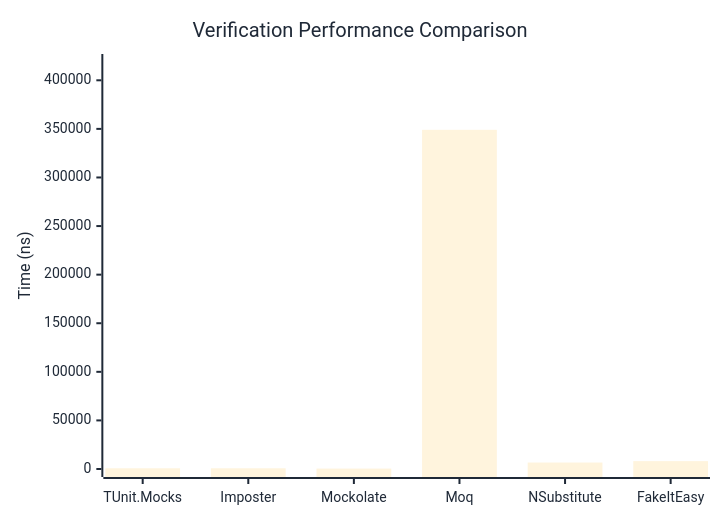
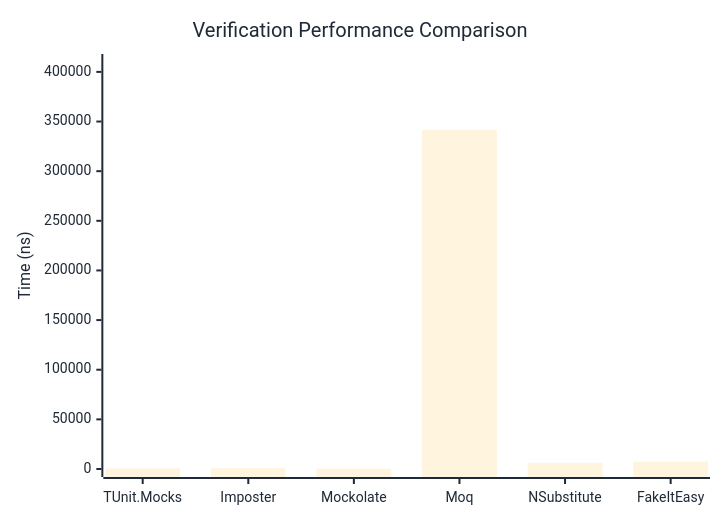
One commit to thomhurst/TUnit changed the first of 3 diagrams in docs/docs/benchmarks/mocks/Verification.md. Above: the diagram before and after it, drawn with Mermaid. The commit also changed other lines of this file and 14 other files, not shown here.

````diff
--- a/docs/docs/benchmarks/mocks/Verification.md
+++ b/docs/docs/benchmarks/mocks/Verification.md
@@ -30,27 +30,27 @@
 ```mermaid
 %%{init: {
   'theme':'base',
   'themeVariables': {
     'primaryColor': '#2563eb',
     'primaryTextColor': '#1f2937',
     'primaryBorderColor': '#1e40af',
     'lineColor': '#6b7280',
     'secondaryColor': '#7c3aed',
     'tertiaryColor': '#dc2626',
     'background': '#ffffff',
     'pie1': '#2563eb',
     'pie2': '#7c3aed',
     'pie3': '#dc2626',
     'pie4': '#f59e0b',
     'pie5': '#10b981',
     'pie6': '#06b6d4',
     'pie7': '#ec4899',
     'pie8': '#6366f1'
   }
 }}%%
 xychart-beta
   title "Verification Performance Comparison"
   x-axis ["TUnit.Mocks", "Imposter", "Mockolate", "Moq", "NSubstitute", "FakeItEasy"]
-  y-axis "Time (ns)" 0 --> 418827
-  bar [742.31, 743.55, 433.85, 349022.01, 6649.64, 8090.37]
+  y-axis "Time (ns)" 0 --> 409973
+  bar [706.76, 833.52, 411.06, 341643.63, 6228.87, 7433.54]
 ```
````
